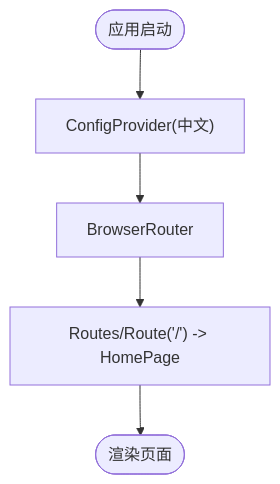
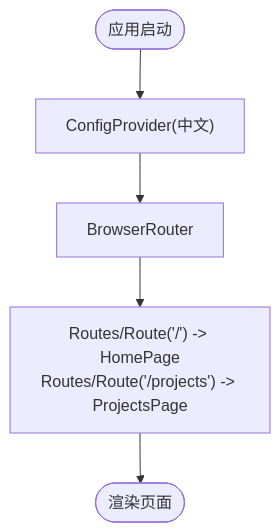
The third of 9 diagrams in .qoder/repowiki/zh/content/前端架构/前端架构.md (zhou9832/test1-qoder), drawn with Mermaid before and after one commit. The commit also changed other lines of this file and 92 other files, not shown here.

````diff
--- a/.qoder/repowiki/zh/content/前端架构/前端架构.md
+++ b/.qoder/repowiki/zh/content/前端架构/前端架构.md
@@ -112,7 +162,7 @@
 ```mermaid
 flowchart TD
 Start(["应用启动"]) --> Config["ConfigProvider(中文)"]
 Config --> Router["BrowserRouter"]
-Router --> Routes["Routes/Route('/') -> HomePage"]
+Router --> Routes["Routes/Route('/') -> HomePage<br/>Routes/Route('/projects') -> ProjectsPage"]
 Routes --> End(["渲染页面"])
 ```
````
